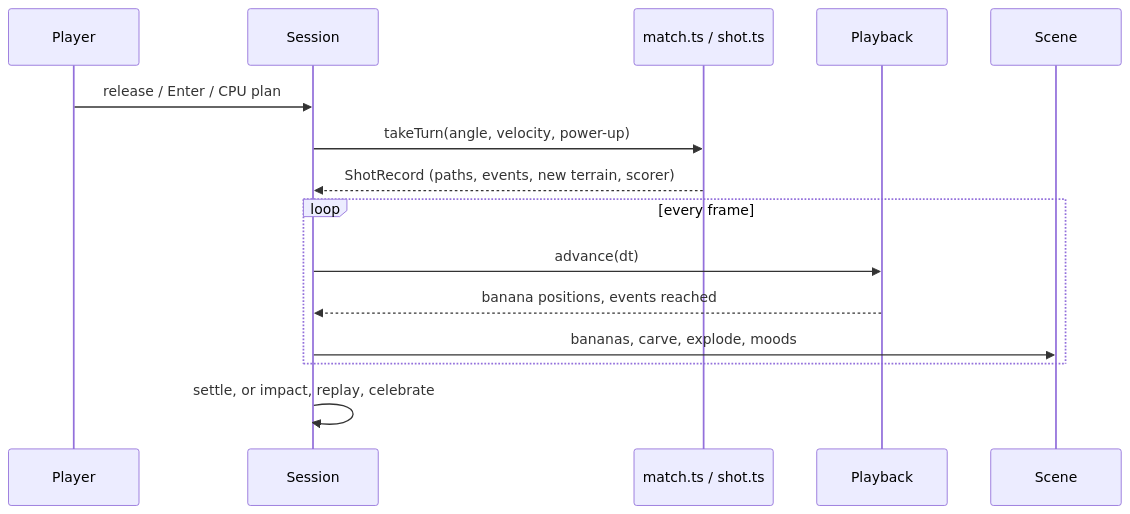
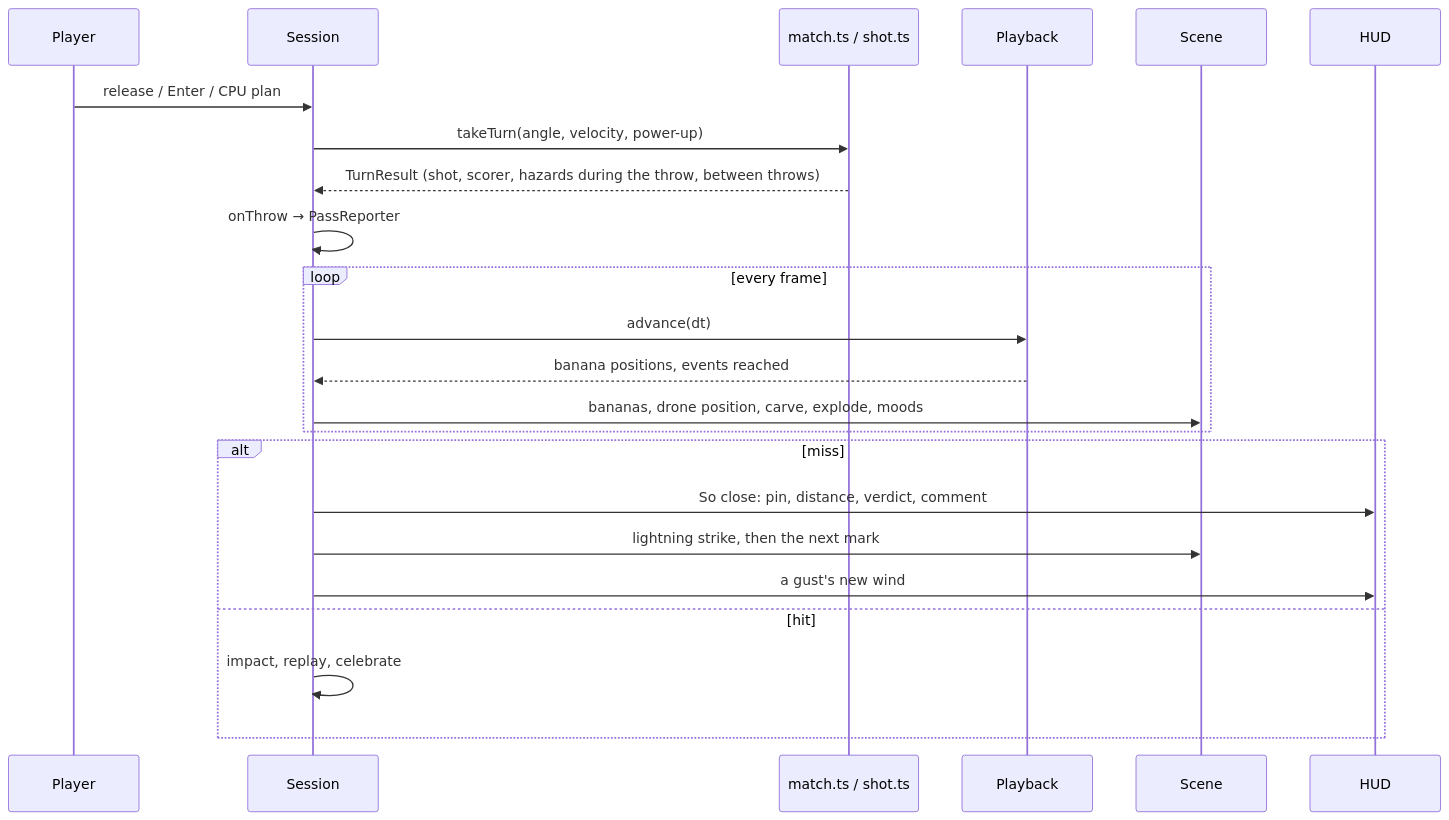
One commit to agunawijaya/NeoArcade changed the fourth of 8 diagrams in ports/skyline-showdown/docs/ARCHITECTURE.md. Above: the diagram before and after it, drawn with Mermaid. The commit also changed other lines of this file and 97 other files, not shown here.

````diff
--- a/ports/skyline-showdown/docs/ARCHITECTURE.md
+++ b/ports/skyline-showdown/docs/ARCHITECTURE.md
@@ -174,17 +246,25 @@
 ```mermaid
 sequenceDiagram
   participant Player
   participant Session
   participant Engine as match.ts / shot.ts
   participant Playback
   participant Scene
+  participant HUD
   Player->>Session: release / Enter / CPU plan
   Session->>Engine: takeTurn(angle, velocity, power-up)
-  Engine-->>Session: ShotRecord (paths, events, new terrain, scorer)
+  Engine-->>Session: TurnResult (shot, scorer, hazards during the throw, between throws)
+  Session->>Session: onThrow → PassReporter
   loop every frame
     Session->>Playback: advance(dt)
     Playback-->>Session: banana positions, events reached
-    Session->>Scene: bananas, carve, explode, moods
+    Session->>Scene: bananas, drone position, carve, explode, moods
   end
-  Session->>Session: settle, or impact, replay, celebrate
+  alt miss
+    Session->>HUD: So close: pin, distance, verdict, comment
+    Session->>Scene: lightning strike, then the next mark
+    Session->>HUD: a gust's new wind
+  else hit
+    Session->>Session: impact, replay, celebrate
+  end
 ```
````
